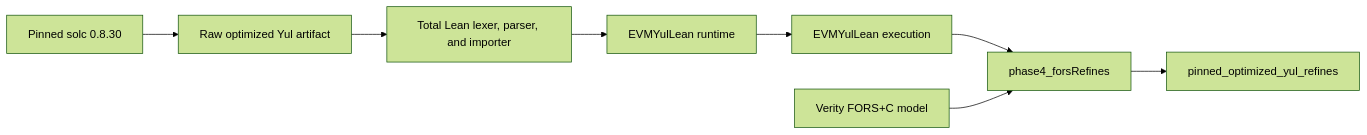
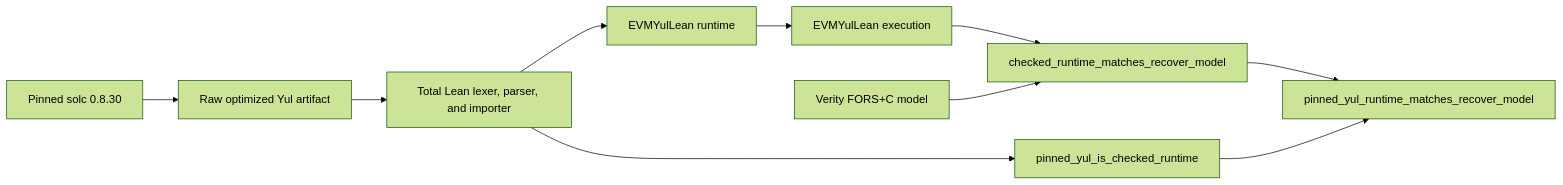
Before and after one commit to Solvency-Labs/NiceTry: the diagram in docs/antonio-briefing.md, drawn with Mermaid (forest theme). The commit also changed other lines of this file and 8 other files, not shown here.

````diff
--- a/docs/antonio-briefing.md
+++ b/docs/antonio-briefing.md
@@ -159,10 +189,12 @@
 ```mermaid
 flowchart LR
     A["Pinned solc 0.8.30"] --> B["Raw optimized Yul artifact"]
     B --> C["Total Lean lexer, parser, and importer"]
     C --> D["EVMYulLean runtime"]
     D --> E["EVMYulLean execution"]
-    E --> F["phase4_forsRefines"]
+    E --> F["checked_runtime_matches_recover_model"]
     G["Verity FORS+C model"] --> F
-    F --> H["pinned_optimized_yul_refines"]
+    C --> H["pinned_yul_is_checked_runtime"]
+    F --> I["pinned_yul_runtime_matches_recover_model"]
+    H --> I
 ```
````
